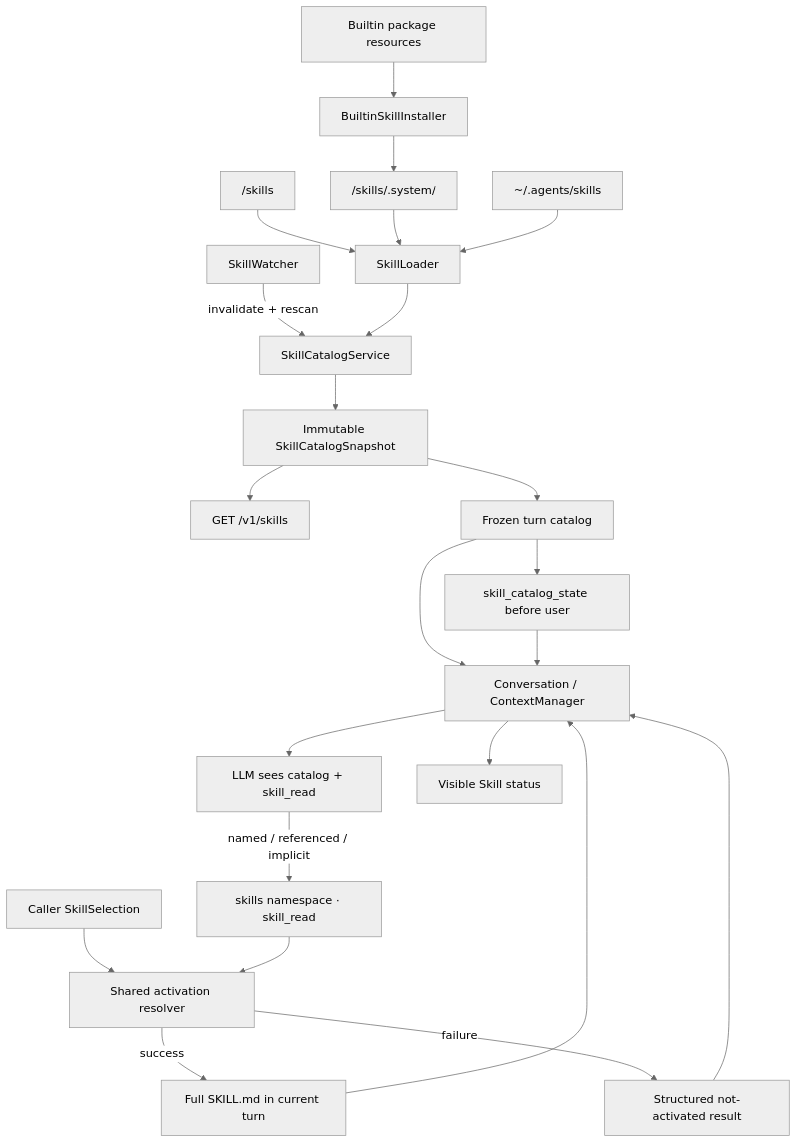
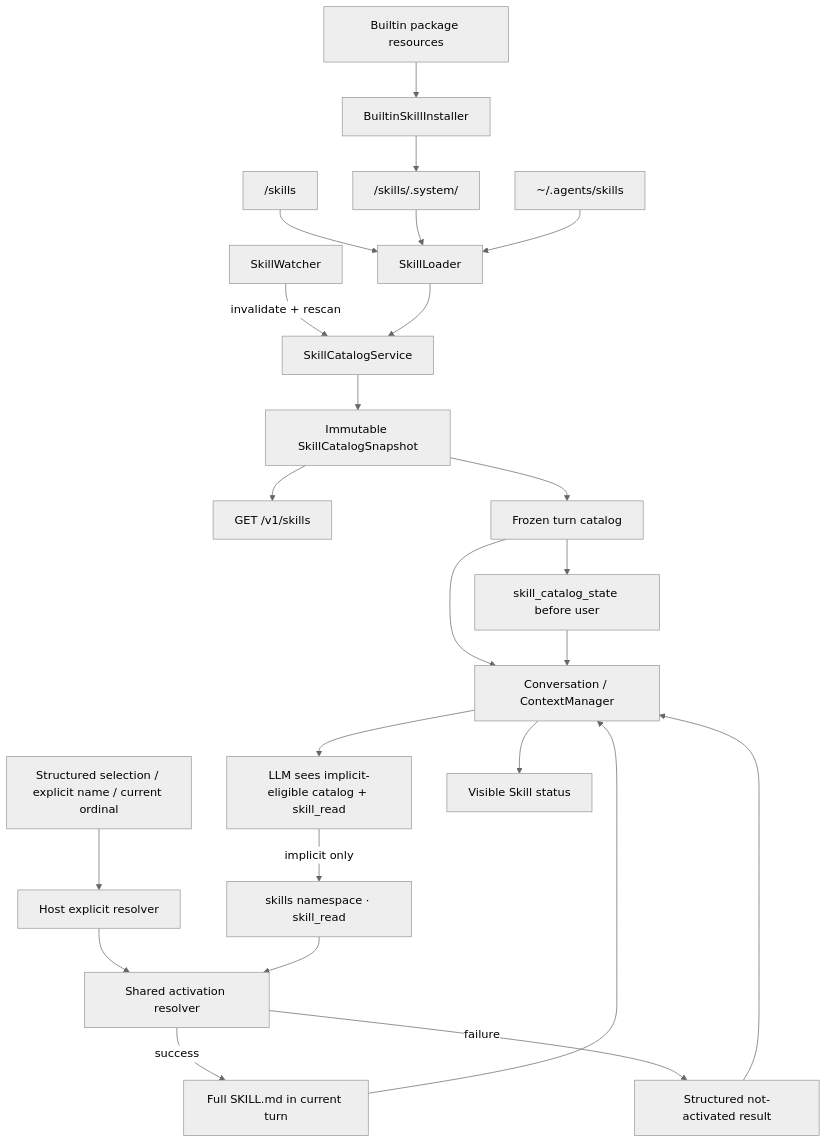
One commit to A1m233/agent-friend changed the diagram in docs/requirements/076-agent-skill-system/design.md. Above: the diagram before and after it, drawn with Mermaid (neutral theme). The commit also changed other lines of this file and 155 other files, not shown here.

````diff
--- a/docs/requirements/076-agent-skill-system/design.md
+++ b/docs/requirements/076-agent-skill-system/design.md
@@ -66,25 +66,26 @@
 ```mermaid
 flowchart TB
     B["Builtin package resources"] --> I["BuiltinSkillInstaller"]
     I --> BR["<user_data>/skills/.system/<fingerprint>"]
     P["<user_data>/skills"] --> L["SkillLoader"]
     BR --> L
     S["~/.agents/skills"] --> L
     W["SkillWatcher"] -->|"invalidate + rescan"| CS["SkillCatalogService"]
     L --> CS
     CS --> SNAP["Immutable SkillCatalogSnapshot"]
     SNAP --> API["GET /v1/skills"]
     SNAP --> T["Frozen turn catalog"]
-    CALLER["Caller SkillSelection"] --> R["Shared activation resolver"]
+    CALLER["Structured selection / explicit name / current ordinal"] --> HOST["Host explicit resolver"]
+    HOST --> R["Shared activation resolver"]
     T --> CAT["skill_catalog_state before user"]
     T --> C["Conversation / ContextManager"]
     CAT --> C
-    C --> M["LLM sees catalog + skill_read"]
-    M -->|"named / referenced / implicit"| TOOL["skills namespace · skill_read"]
+    C --> M["LLM sees implicit-eligible catalog + skill_read"]
+    M -->|"implicit only"| TOOL["skills namespace · skill_read"]
     TOOL --> R
     R -->|"success"| BODY["Full SKILL.md in current turn"]
     R -->|"failure"| ERR["Structured not-activated result"]
     BODY --> C
     ERR --> C
     C --> UI["Visible Skill status"]
 ```
````
